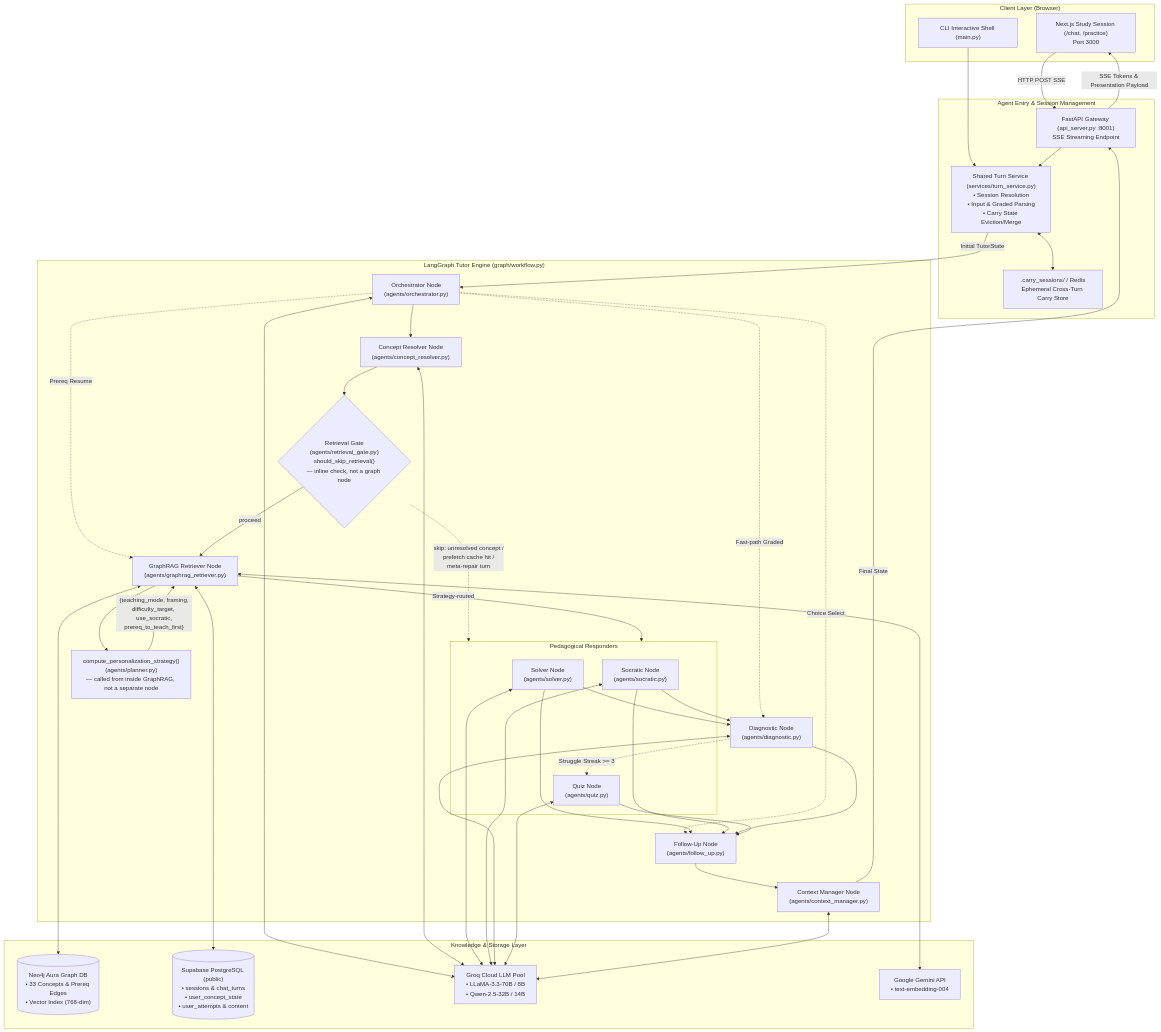
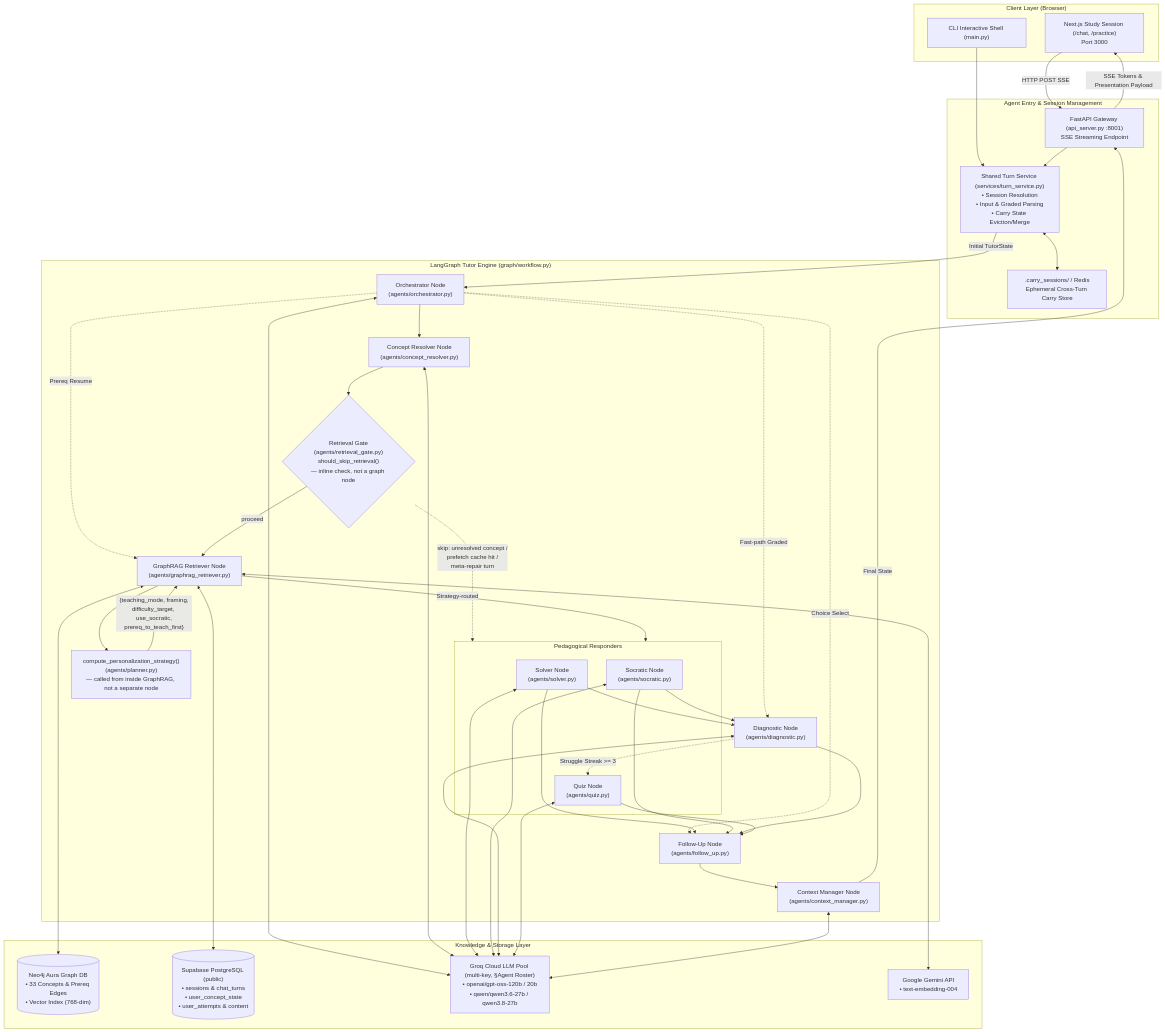
One commit to KodeinKGP-Technology-Web-3-0-Society/Aeropt-Agent changed the first of 9 diagrams in README.md. Above: the diagram before and after it, drawn with Mermaid. The commit also changed other lines of this file, not shown here.

````diff
--- a/README.md
+++ b/README.md
@@ -33,72 +42,72 @@
 ```mermaid
 flowchart TB
     subgraph Client["Client Layer (Browser)"]
         UI["Next.js Study Session (/chat, /practice)<br/>Port 3000"]
         CLI["CLI Interactive Shell (main.py)"]
     end
 
     subgraph Gateway["Agent Entry & Session Management"]
         API["FastAPI Gateway (api_server.py :8001)<br/>SSE Streaming Endpoint"]
         TURN["Shared Turn Service (services/turn_service.py)<br/>• Session Resolution<br/>• Input & Graded Parsing<br/>• Carry State Eviction/Merge"]
         CARRY[".carry_sessions/ / Redis<br/>Ephemeral Cross-Turn Carry Store"]
     end
 
     subgraph Pipeline["LangGraph Tutor Engine (graph/workflow.py)"]
         ORCH["Orchestrator Node<br/>(agents/orchestrator.py)"]
         CR["Concept Resolver Node<br/>(agents/concept_resolver.py)"]
         GATE{"Retrieval Gate<br/>(agents/retrieval_gate.py)<br/>should_skip_retrieval()<br/>— inline check, not a graph node"}
         GR["GraphRAG Retriever Node<br/>(agents/graphrag_retriever.py)"]
         PLAN["compute_personalization_strategy()<br/>(agents/planner.py)<br/>— called from inside GraphRAG, not a separate node"]
 
         subgraph Responders["Pedagogical Responders"]
             SOL["Solver Node<br/>(agents/solver.py)"]
             SOC["Socratic Node<br/>(agents/socratic.py)"]
             QUIZ["Quiz Node<br/>(agents/quiz.py)"]
         end
 
         DIAG["Diagnostic Node<br/>(agents/diagnostic.py)"]
         FU["Follow-Up Node<br/>(agents/follow_up.py)"]
         CM["Context Manager Node<br/>(agents/context_manager.py)"]
     end
 
     subgraph External["Knowledge & Storage Layer"]
         NEO4J[("Neo4j Aura Graph DB<br/>• 33 Concepts & Prereq Edges<br/>• Vector Index (768-dim)")]
         SUPA[("Supabase PostgreSQL (public)<br/>• sessions & chat_turns<br/>• user_concept_state<br/>• user_attempts & content")]
-        GROQ["Groq Cloud LLM Pool<br/>• LLaMA-3.3-70B / 8B<br/>• Qwen-2.5-32B / 14B"]
+        GROQ["Groq Cloud LLM Pool (multi-key, §Agent Roster)<br/>• openai/gpt-oss-120b / 20b<br/>• qwen/qwen3.6-27b / qwen3.8-27b"]
         GEMINI["Google Gemini API<br/>• text-embedding-004"]
     end
 
     UI -->|HTTP POST SSE| API
     CLI --> TURN
     API --> TURN
     TURN <--> CARRY
     TURN -->|Initial TutorState| ORCH
 
     ORCH --> CR
     ORCH -.->|Fast-path Graded| DIAG
     ORCH -.->|Prereq Resume| GR
     ORCH -.->|Choice Select| FU
 
     CR --> GATE
     GATE -.->|"skip: unresolved concept /<br/>prefetch cache hit /<br/>meta-repair turn"| Responders
     GATE -->|proceed| GR
     GR <--> NEO4J
     GR <--> GEMINI
     GR <--> SUPA
     GR --> PLAN
     PLAN -->|"{teaching_mode, framing,<br/>difficulty_target, use_socratic,<br/>prereq_to_teach_first}"| GR
 
     GR -->|Strategy-routed| Responders
     SOL --> DIAG
     SOL --> FU
     SOC --> DIAG
     SOC --> FU
     DIAG --> FU
     DIAG -.->|Struggle Streak >= 3| QUIZ
     QUIZ --> FU
     FU --> CM
     CM -->|Final State| API
 
     ORCH & CR & SOL & SOC & DIAG & QUIZ & CM <--> GROQ
     API -->|SSE Tokens & Presentation Payload| UI
 ```
````
